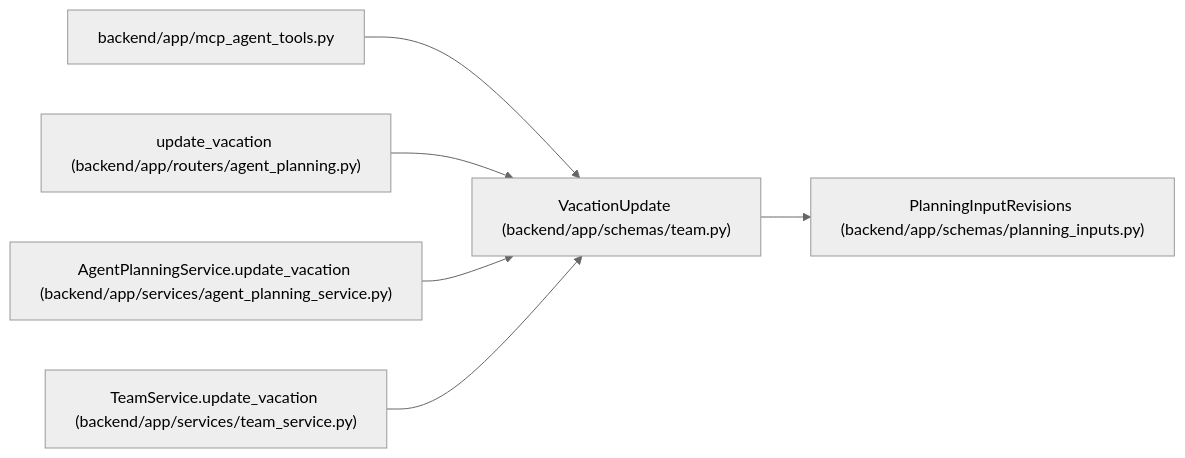
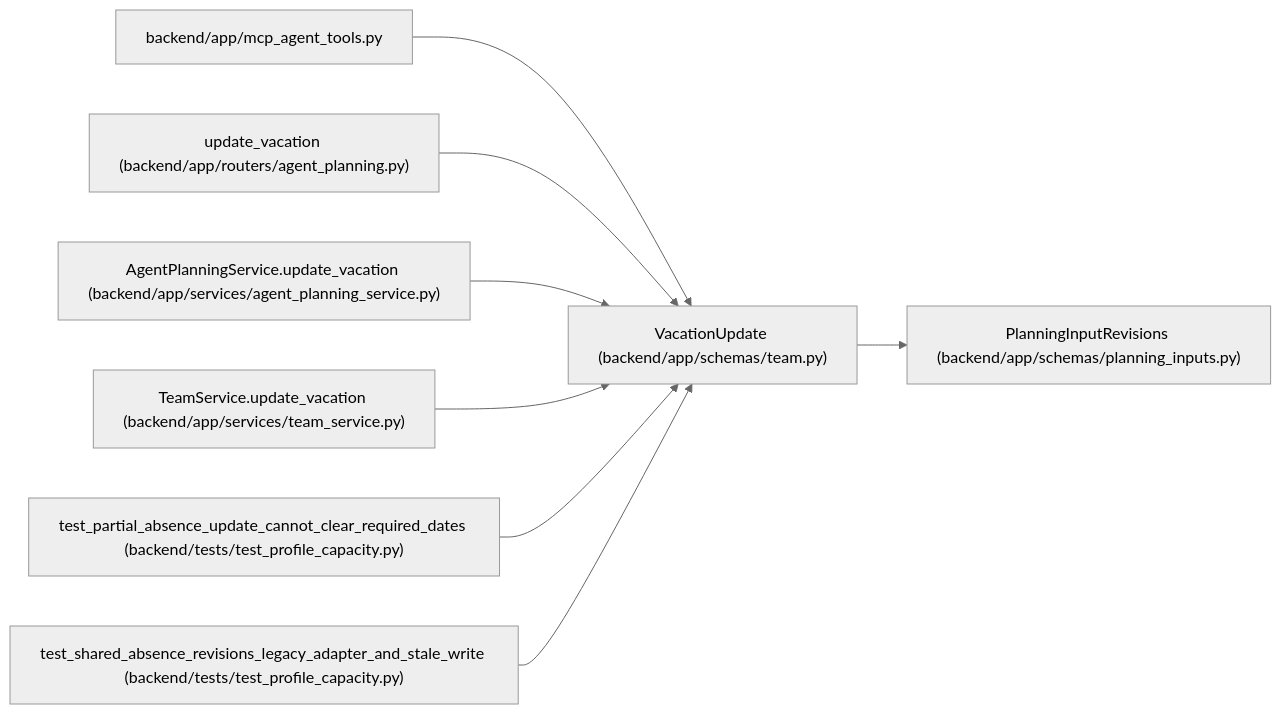
The diagram in docs/llm_wiki/entities/VacationUpdate.md (Denissvgn/WorkChord), drawn with Mermaid (neutral theme) before and after one commit. The commit also changed other lines of this file and 1888 other files, not shown here.

First line of the commit message:
Add human teamwork workflows, shared capacity, and task discussion (#7)

````diff
--- a/docs/llm_wiki/entities/VacationUpdate.md
+++ b/docs/llm_wiki/entities/VacationUpdate.md
@@ -26,20 +34,26 @@
 ```mermaid
 flowchart LR
     n0["VacationUpdate (backend/app/schemas/team.py)"]
     n1["PlanningInputRevisions (backend/app/schemas/planning_inputs.py)"]
     n2["backend/app/mcp_agent_tools.py"]
     n3["update_vacation (backend/app/routers/agent_planning.py)"]
     n4["AgentPlanningService.update_vacation (backend/app/services/agent_planning_service.py)"]
     n5["TeamService.update_vacation (backend/app/services/team_service.py)"]
+    n6["test_partial_absence_update_cannot_clear_required_dates (backend/tests/test_profile_capacity.py)"]
+    n7["test_shared_absence_revisions_legacy_adapter_and_stale_write (backend/tests/test_profile_capacity.py)"]
     n0 --> n1
     n2 --> n0
     n3 --> n0
     n4 --> n0
     n5 --> n0
+    n6 --> n0
+    n7 --> n0
     click n0 "../modules/schemas_team.md"
     click n1 "../modules/planning_inputs.md"
     click n2 "../modules/mcp_agent_tools.md"
     click n3 "../modules/routers_agent_planning.md"
     click n4 "../modules/agent_planning_service.md"
     click n5 "../modules/team_service.md"
+    click n6 "../modules/test_profile_capacity.md"
+    click n7 "../modules/test_profile_capacity.md"
 ```
````
